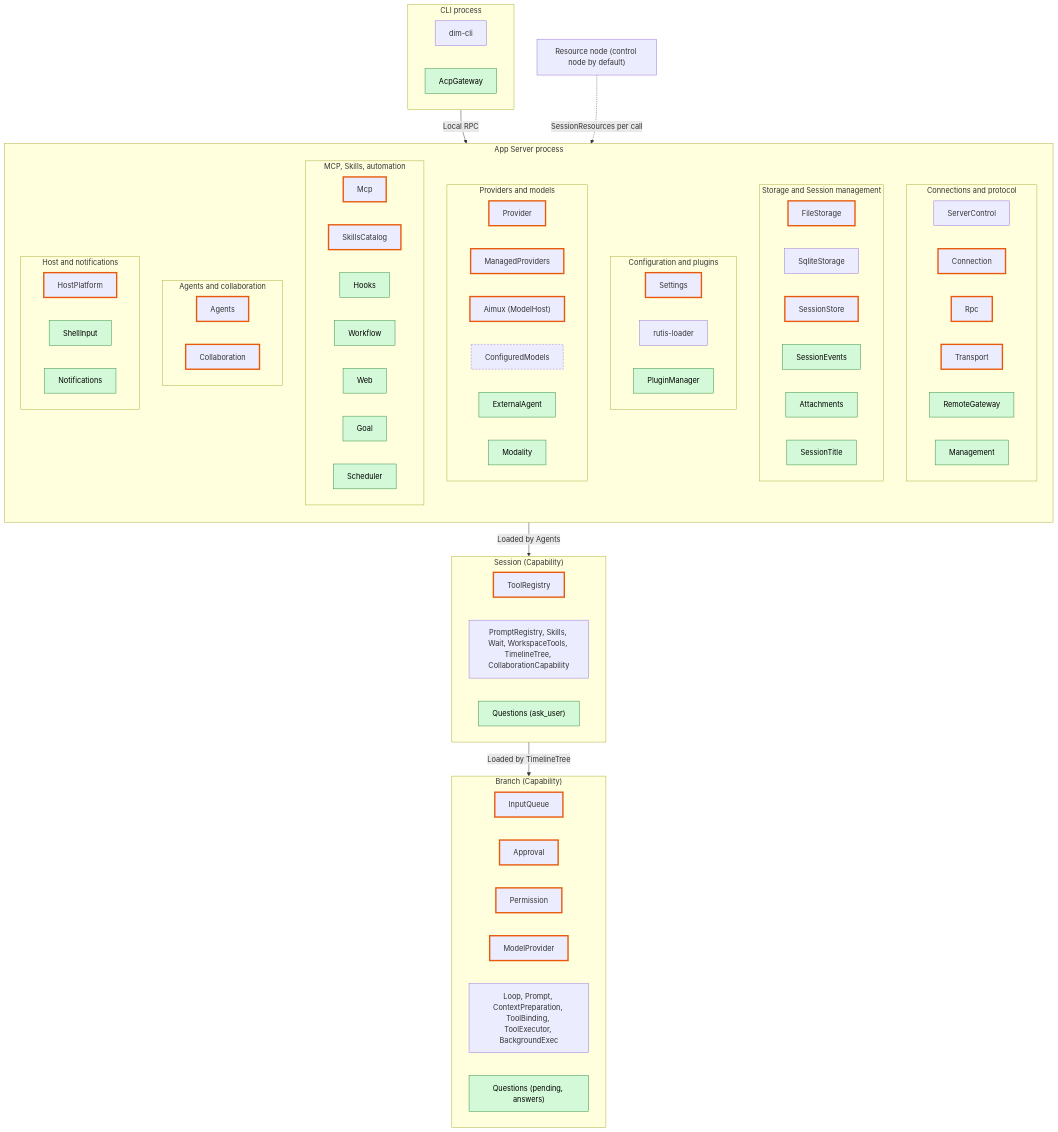
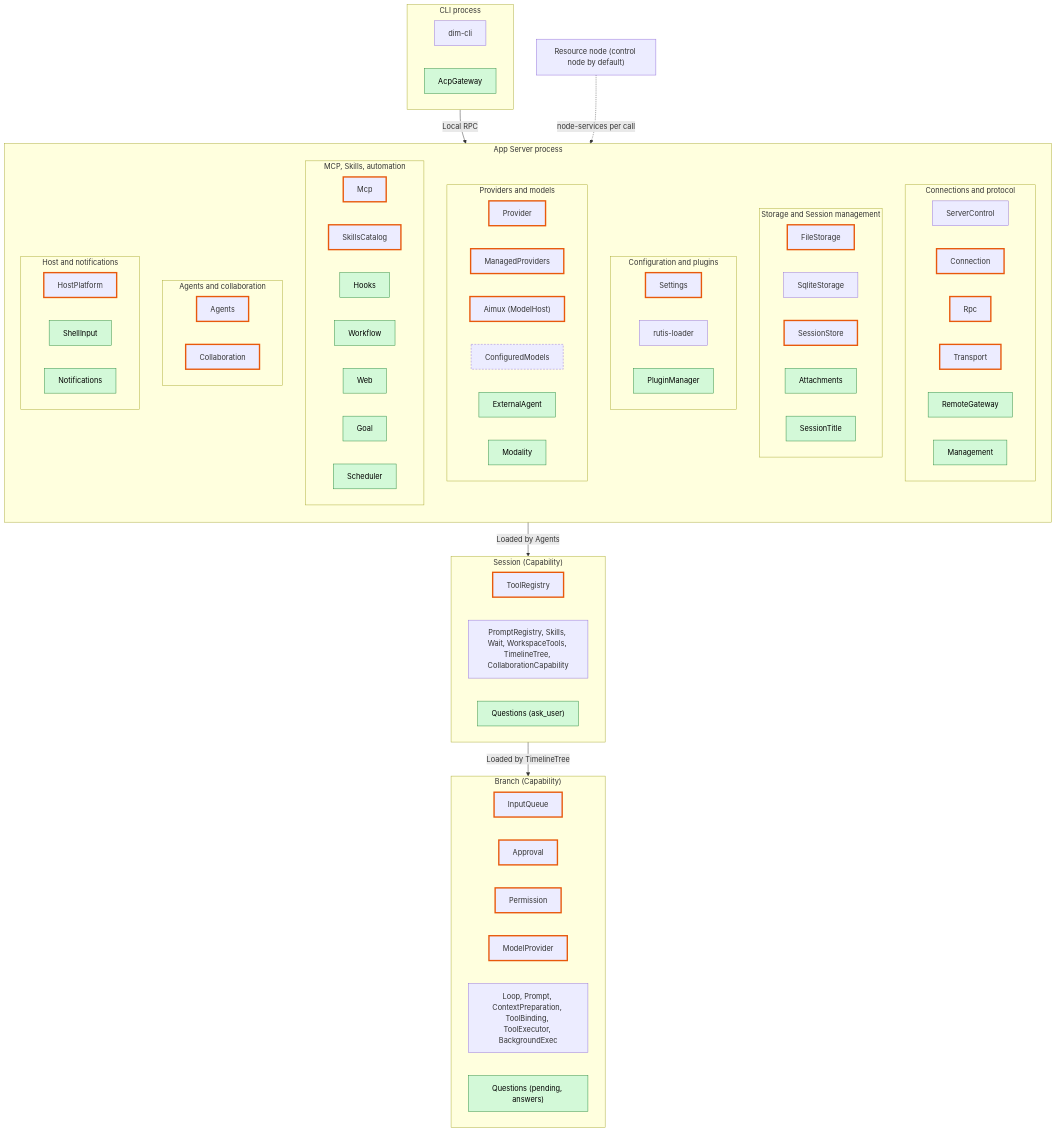
Before and after one commit to CoutinhoTTS/dim-agent: the eighth of 9 diagrams in docs/design/overview.md, drawn with Mermaid. The commit also changed other lines of this file, not shown here.

````diff
--- a/docs/design/overview.md
+++ b/docs/design/overview.md
@@ -641,79 +638,78 @@
 ```mermaid
 flowchart TB
   classDef new fill:#d3f9d8,stroke:#2b8a3e,color:#000
   classDef changed stroke:#e8590c,stroke-width:3px
   classDef optional stroke-dasharray:4 3
 
   subgraph CLIP["CLI process"]
     cli["dim-cli"]
     acp["AcpGateway"]:::new
   end
   subgraph PROC["App Server process"]
     direction TB
     subgraph PC["Connections and protocol"]
       ServerControl["ServerControl"]
       Connection["Connection"]:::changed
       Rpc["Rpc"]:::changed
       Transport["Transport"]:::changed
       RemoteGateway["RemoteGateway"]:::new
       Management["Management"]:::new
     end
     subgraph PS["Storage and Session management"]
       FileStorage["FileStorage"]:::changed
       SqliteStorage["SqliteStorage"]
       SessionStore["SessionStore"]:::changed
-      SessionEventsP["SessionEvents"]:::new
       Attachments["Attachments"]:::new
       SessionTitle["SessionTitle"]:::new
     end
     subgraph PCFG["Configuration and plugins"]
       Settings["Settings"]:::changed
       Loader["rutis-loader"]
       PluginManager["PluginManager"]:::new
     end
     subgraph PM["Providers and models"]
       Provider["Provider"]:::changed
       ManagedProviders["ManagedProviders"]:::changed
       Aimux["Aimux (ModelHost)"]:::changed
       ConfiguredModels["ConfiguredModels"]:::optional
       ExternalAgent["ExternalAgent"]:::new
       Modality["Modality"]:::new
     end
     subgraph PE["MCP, Skills, automation"]
       Mcp["Mcp"]:::changed
       SkillsCatalog["SkillsCatalog"]:::changed
       HooksP["Hooks"]:::new
       WorkflowP["Workflow"]:::new
       WebP["Web"]:::new
       GoalP["Goal"]:::new
       SchedulerP["Scheduler"]:::new
     end
     subgraph PA["Agents and collaboration"]
       Agents["Agents"]:::changed
       Collaboration["Collaboration"]:::changed
     end
     subgraph PH["Host and notifications"]
       HostPlatform["HostPlatform"]:::changed
       ShellInput["ShellInput"]:::new
       NotificationsP["Notifications"]:::new
     end
   end
   subgraph SES["Session (Capability)"]
     ToolRegistry["ToolRegistry"]:::changed
     OtherS["PromptRegistry, Skills, Wait, WorkspaceTools, TimelineTree, CollaborationCapability"]
     QuestionsS["Questions (ask_user)"]:::new
   end
   subgraph BR["Branch (Capability)"]
     InputQueue["InputQueue"]:::changed
     Approval["Approval"]:::changed
     Permission["Permission"]:::changed
     ModelProvider["ModelProvider"]:::changed
     OtherB["Loop, Prompt, ContextPreparation, ToolBinding, ToolExecutor, BackgroundExec"]
     QuestionsB["Questions (pending, answers)"]:::new
   end
   RN["Resource node (control node by default)"]
   CLIP -->|"Local RPC"| PROC
-  RN -.->|"SessionResources per call"| PROC
+  RN -.->|"node-services per call"| PROC
   PROC -->|"Loaded by Agents"| SES
   SES -->|"Loaded by TimelineTree"| BR
 ```
````
